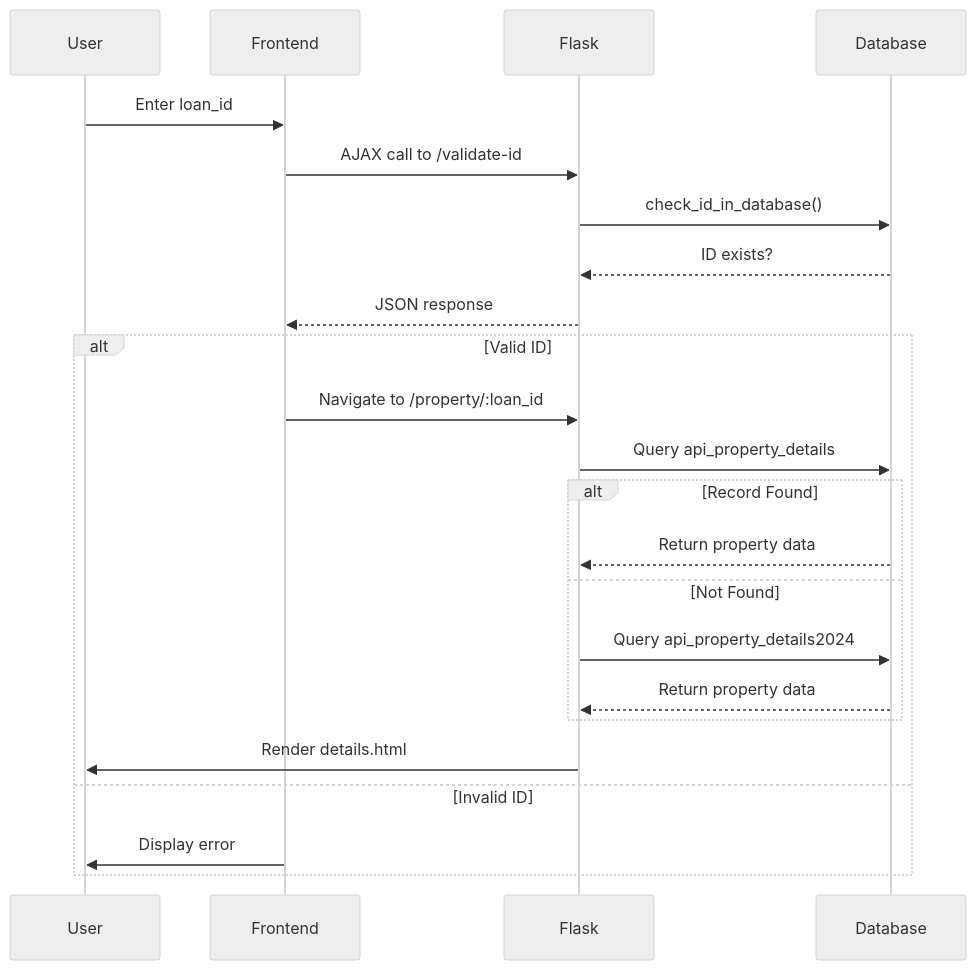
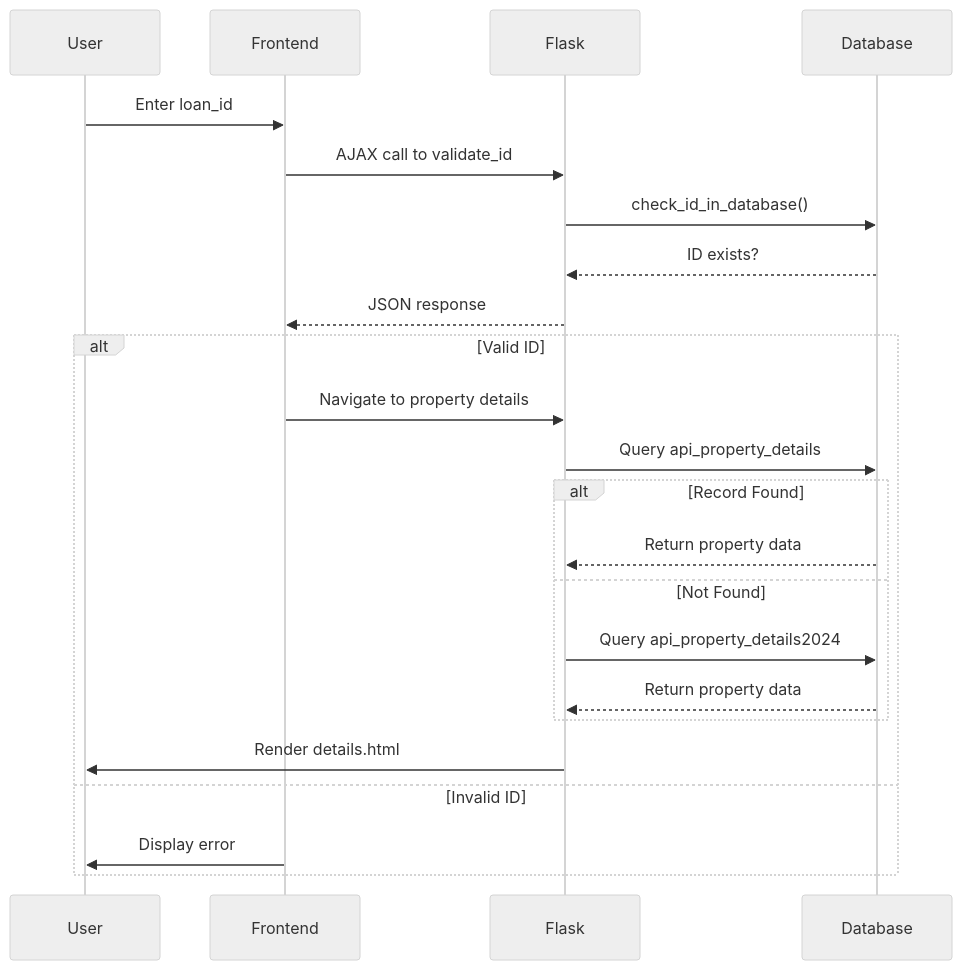
Before and after one commit to sboggsEHL/Mail_Machine: the eighth of 10 diagrams in Property_Data_System_Documentation.md, drawn with Mermaid (neutral theme). The commit also changed other lines of this file and 1 other file, not shown here.

````diff
--- a/Property_Data_System_Documentation.md
+++ b/Property_Data_System_Documentation.md
@@ -523,29 +523,29 @@
 ```mermaid
 sequenceDiagram
     participant User
     participant Frontend
     participant Flask
     participant Database
     
     User->>Frontend: Enter loan_id
-    Frontend->>Flask: AJAX call to /validate-id
+    Frontend->>Flask: AJAX call to validate_id
     Flask->>Database: check_id_in_database()
     Database-->>Flask: ID exists?
     Flask-->>Frontend: JSON response
     
     alt Valid ID
-        Frontend->>Flask: Navigate to /property/:loan_id
+        Frontend->>Flask: Navigate to property details
         Flask->>Database: Query api_property_details
         
         alt Record Found
             Database-->>Flask: Return property data
         else Not Found
             Flask->>Database: Query api_property_details2024
             Database-->>Flask: Return property data
         end
         
         Flask->>User: Render details.html
     else Invalid ID
         Frontend->>User: Display error
     end
 ```
````
